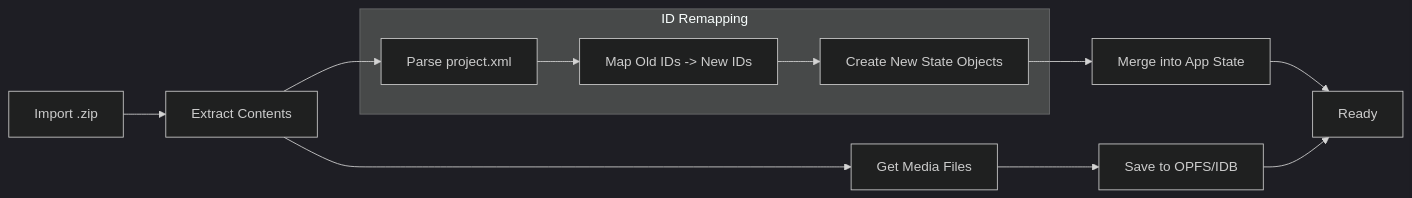
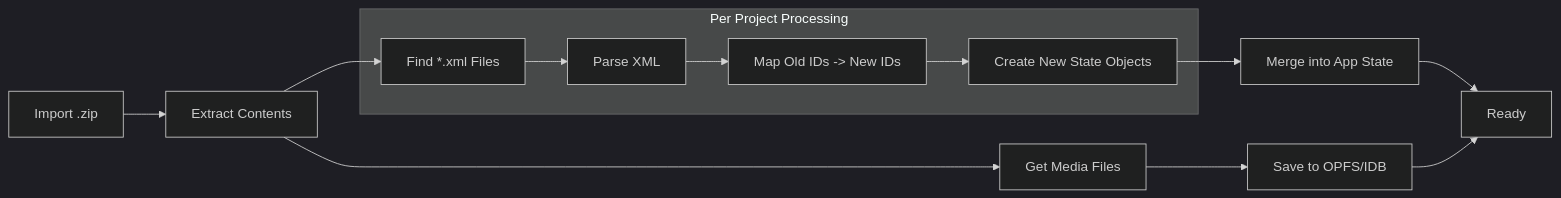
One commit to panaresium/PersonalizedExercisePWA changed the fifth of 5 diagrams in ARCHITECTURE.md. Above: the diagram before and after it, drawn with Mermaid (dark theme). The commit also changed other lines of this file and 3 other files, not shown here.

````diff
--- a/ARCHITECTURE.md
+++ b/ARCHITECTURE.md
@@ -168,17 +168,18 @@
 ```mermaid
 flowchart LR
     Zip[Import .zip] --> Extract[Extract Contents]
-    Extract --> ParseXML[Parse project.xml]
+    Extract --> ScanXML[Find *.xml Files]
     Extract --> GetMedia[Get Media Files]
 
-    subgraph Processing [ID Remapping]
+    subgraph Processing [Per Project Processing]
+        ScanXML --> ParseXML[Parse XML]
         ParseXML --> MapIDs[Map Old IDs -> New IDs]
         MapIDs --> Rehydrate[Create New State Objects]
     end
 
     Rehydrate --> MergeState[Merge into App State]
     GetMedia --> SaveMedia[Save to OPFS/IDB]
 
     MergeState --> Finish[Ready]
     SaveMedia --> Finish
 ```
````
